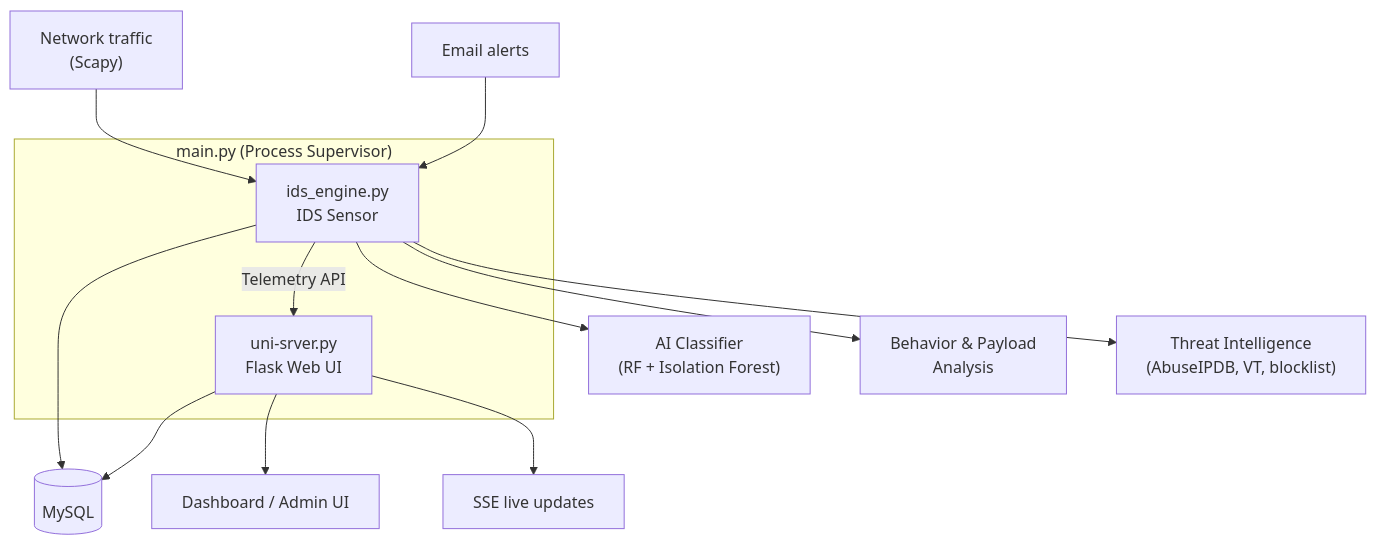
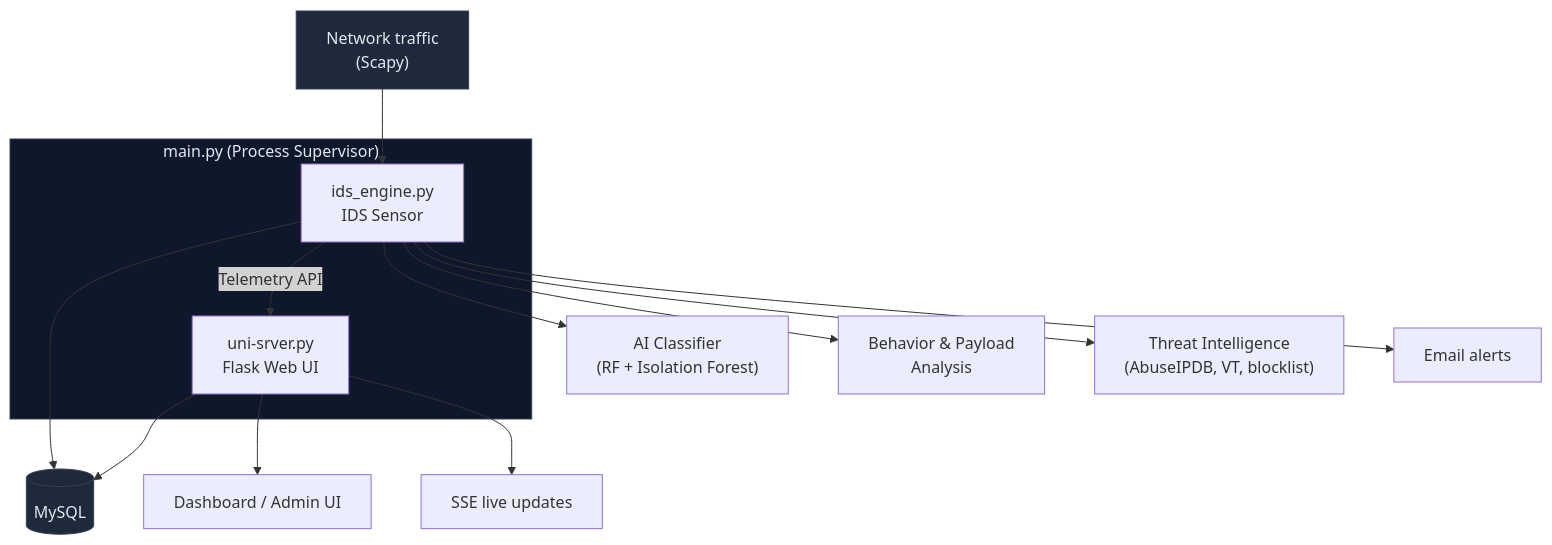
The diagram in README.md (kamalx06/ids-bachelor-thesis), drawn with Mermaid before and after one commit. The commit also changed other lines of this file and 48 other files, not shown here.

````diff
--- a/README.md
+++ b/README.md
@@ -29,18 +49,22 @@
 ```mermaid
 flowchart TB
     subgraph supervisor["main.py (Process Supervisor)"]
         WEB["uni-srver.py<br/>Flask Web UI"]
         IDS["ids_engine.py<br/>IDS Sensor"]
     end
 
     PCAP["Network traffic<br/>(Scapy)"] --> IDS
     IDS --> ML["AI Classifier<br/>(RF + Isolation Forest)"]
     IDS --> BEH["Behavior & Payload<br/>Analysis"]
     IDS --> TI["Threat Intelligence<br/>(AbuseIPDB, VT, blocklist)"]
     IDS --> MYSQL[(MySQL)]
     IDS -->|"Telemetry API"| WEB
     WEB --> DASH["Dashboard / Admin UI"]
     WEB --> SSE["SSE live updates"]
     WEB --> MYSQL
-    ALERT["Email alerts"] --> IDS
+    IDS --> ALERT["Email alerts"]
+
+    style supervisor fill:#0f172a,stroke:#334155,color:#e2e8f0
+    style PCAP fill:#1e293b,stroke:#334155,color:#e2e8f0
+    style MYSQL fill:#1e293b,stroke:#334155,color:#e2e8f0
 ```
````
